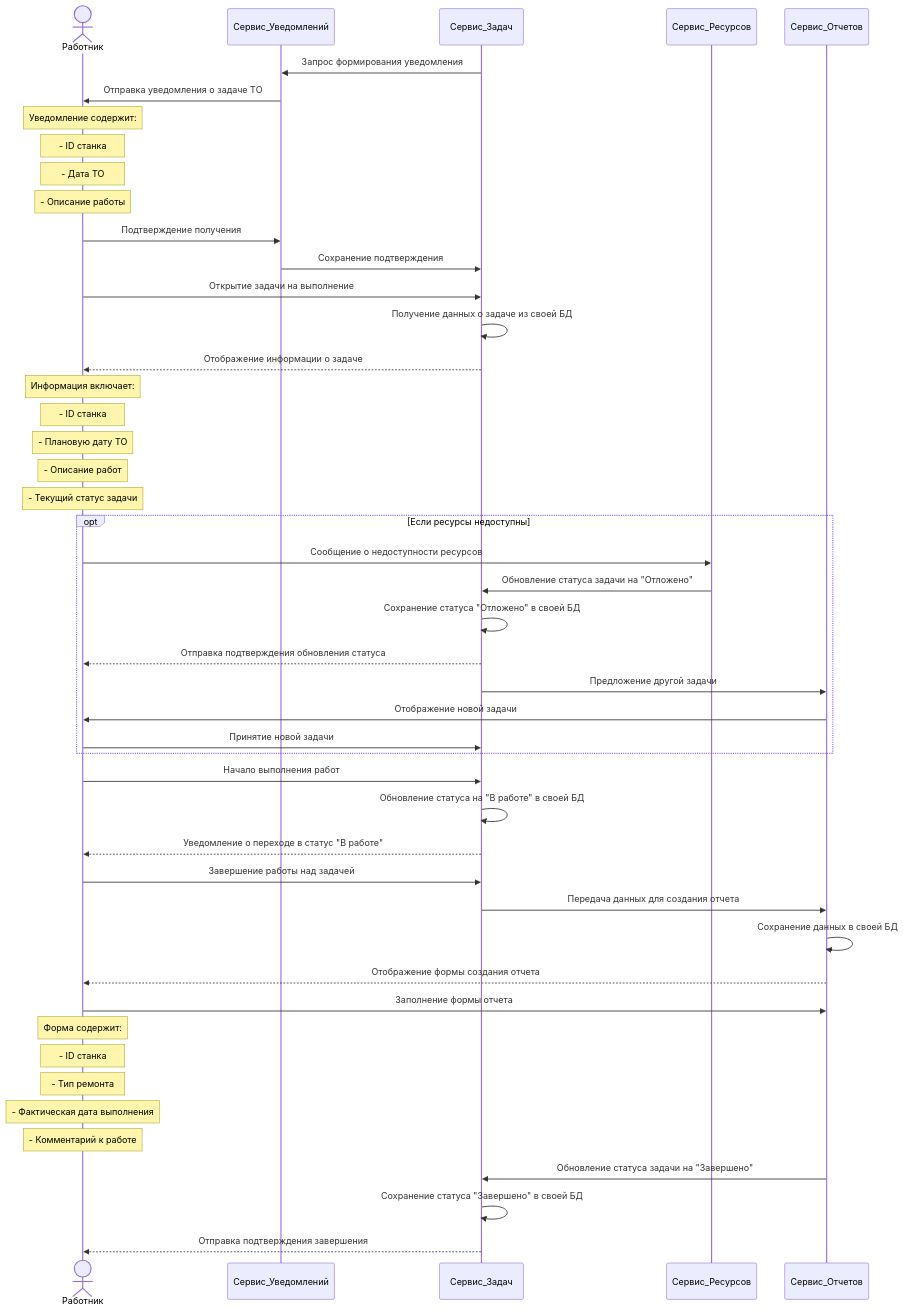
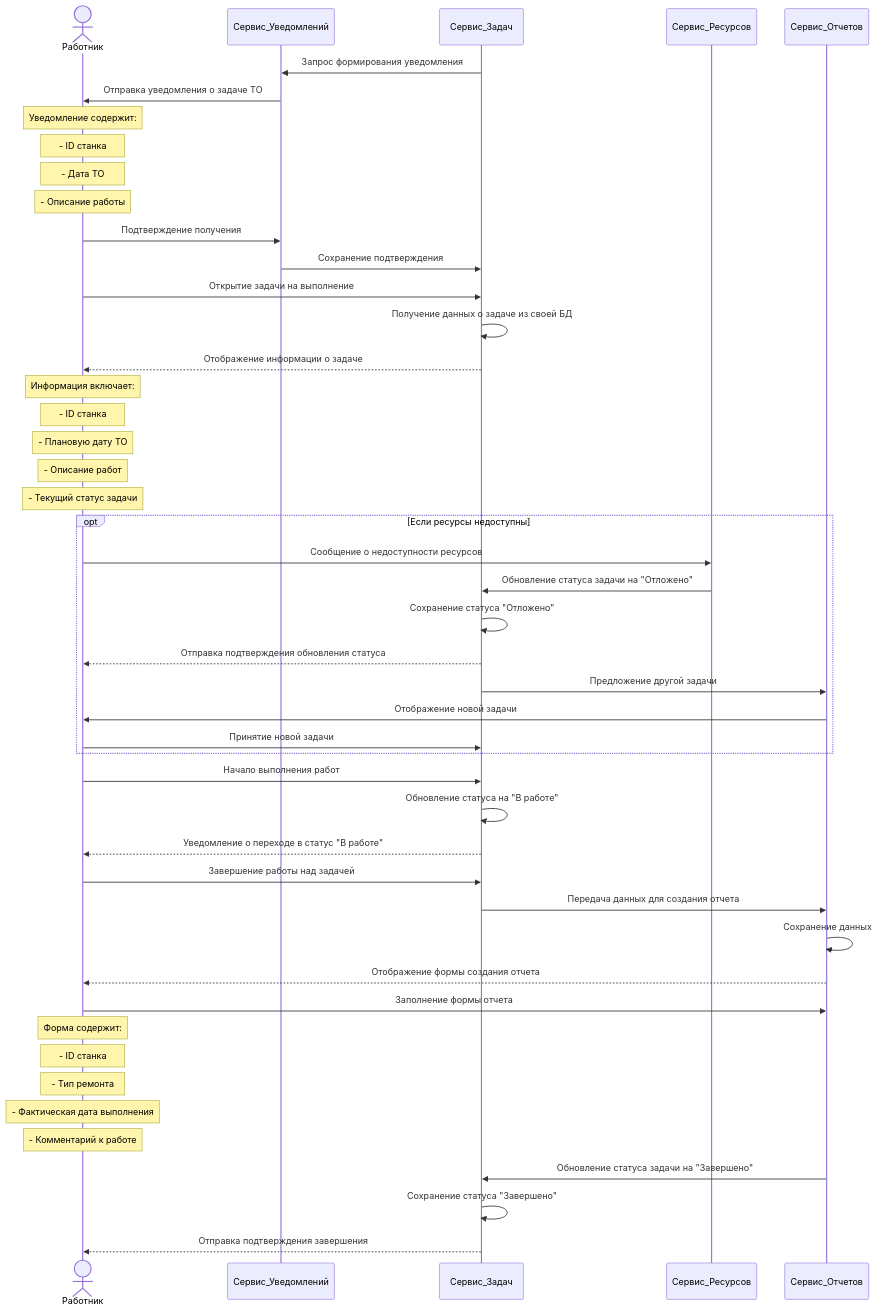
The diagram in SequenceDiagrams/worker.md (zonkytm/diploma-architecture), drawn with Mermaid before and after one commit. The commit also changed 2 other files, not shown here.

Commit message:
Доработка схем разделение на микросервисы

````diff
--- a/SequenceDiagrams/worker.md
+++ b/SequenceDiagrams/worker.md
@@ -2,59 +2,59 @@
 ```mermaid
 sequenceDiagram
     actor Worker as Работник
     participant NotificationService as Сервис_Уведомлений
     participant TaskService as Сервис_Задач
     participant ResourceService as Сервис_Ресурсов
     participant ReportService as Сервис_Отчетов
 
     %% Получение уведомления о задаче
     TaskService->>NotificationService: Запрос формирования уведомления
     NotificationService->>Worker: Отправка уведомления о задаче ТО
     note over Worker: Уведомление содержит:
     note over Worker: - ID станка
     note over Worker: - Дата ТО
     note over Worker: - Описание работы
     Worker->>NotificationService: Подтверждение получения
     NotificationService->>TaskService: Сохранение подтверждения
 
     %% Открытие задачи и начало выполнения
     Worker->>TaskService: Открытие задачи на выполнение
     TaskService->>TaskService: Получение данных о задаче из своей БД
     TaskService-->>Worker: Отображение информации о задаче
     note over Worker: Информация включает:
     note over Worker: - ID станка
     note over Worker: - Плановую дату ТО
     note over Worker: - Описание работ
     note over Worker: - Текущий статус задачи
 
     opt Если ресурсы недоступны
         Worker->>ResourceService: Сообщение о недоступности ресурсов
         ResourceService->>TaskService: Обновление статуса задачи на "Отложено"
-        TaskService->>TaskService: Сохранение статуса "Отложено" в своей БД
+        TaskService->>TaskService: Сохранение статуса "Отложено"
         TaskService-->>Worker: Отправка подтверждения обновления статуса
         TaskService->>ReportService: Предложение другой задачи
         ReportService->>Worker: Отображение новой задачи
         Worker->>TaskService: Принятие новой задачи
     end
 
     Worker->>TaskService: Начало выполнения работ
-    TaskService->>TaskService: Обновление статуса на "В работе" в своей БД
+    TaskService->>TaskService: Обновление статуса на "В работе"
     TaskService-->>Worker: Уведомление о переходе в статус "В работе"
 
     %% Завершение задачи и создание отчета
     Worker->>TaskService: Завершение работы над задачей
     TaskService->>ReportService: Передача данных для создания отчета
-    ReportService->>ReportService: Сохранение данных в своей БД
+    ReportService->>ReportService: Сохранение данных
     ReportService-->>Worker: Отображение формы создания отчета
     Worker->>ReportService: Заполнение формы отчета
     note over Worker: Форма содержит:
     note over Worker: - ID станка
     note over Worker: - Тип ремонта
     note over Worker: - Фактическая дата выполнения
     note over Worker: - Комментарий к работе
 
     %% Сохранение результатов
     ReportService->>TaskService: Обновление статуса задачи на "Завершено"
-    TaskService->>TaskService: Сохранение статуса "Завершено" в своей БД
+    TaskService->>TaskService: Сохранение статуса "Завершено"
     TaskService-->>Worker: Отправка подтверждения завершения
 ```
````
